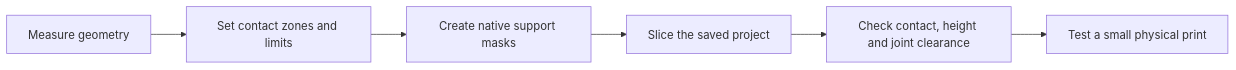
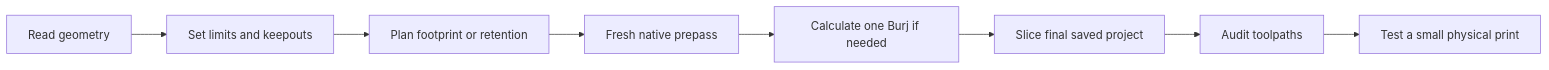
The diagram in README.md (MoraesGil/Dedalo3Dskills), drawn with Mermaid before and after one commit. The commit also changed other lines of this file and 48 other files, not shown here.

````diff
--- a/README.md
+++ b/README.md
@@ -71,8 +87,10 @@
 ```mermaid
 flowchart LR
-    A[Measure geometry] --> B[Set contact zones and limits]
-    B --> C[Create native support masks]
-    C --> D[Slice the saved project]
-    D --> E[Check contact, height and joint clearance]
-    E --> F[Test a small physical print]
+    A[Read geometry] --> B[Set limits and keepouts]
+    B --> C[Plan footprint or retention]
+    C --> D[Fresh native prepass]
+    D --> E[Calculate one Burj if needed]
+    E --> F[Slice final saved project]
+    F --> G[Audit toolpaths]
+    G --> H[Test a small physical print]
 ```
````
